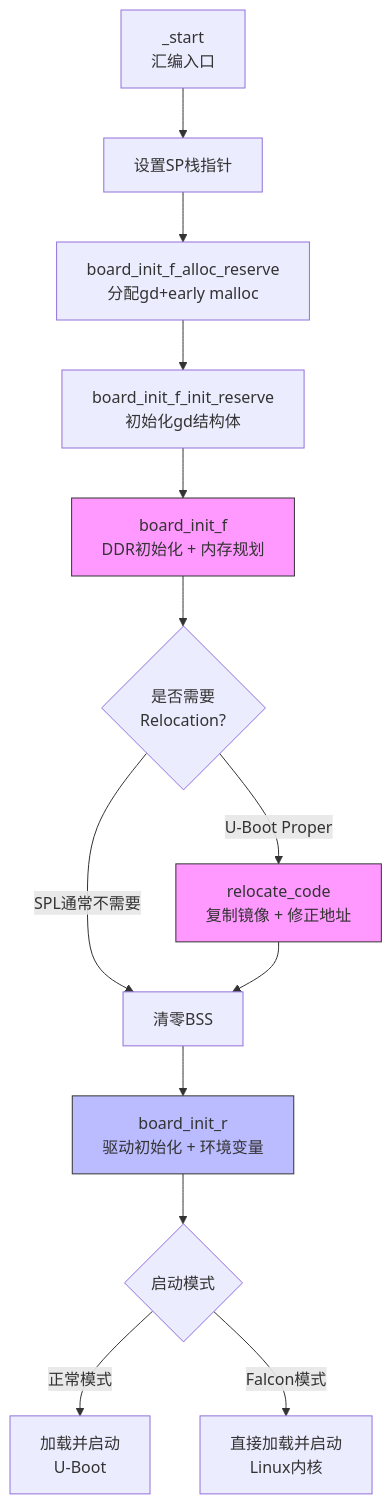
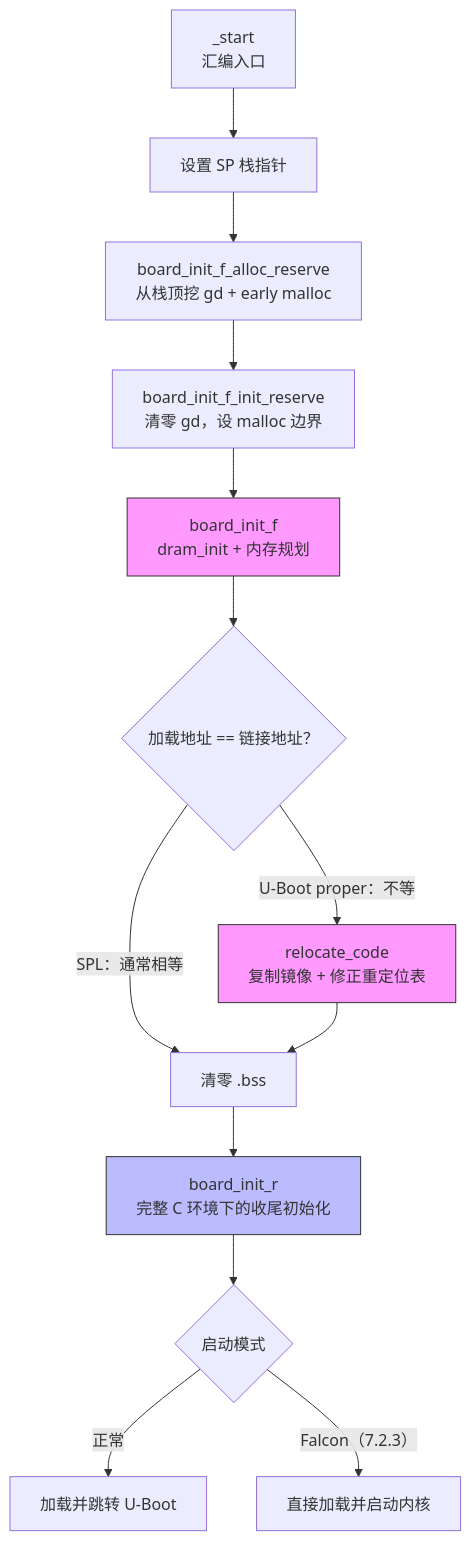
Before and after one commit to xiaohong0925/Embedded_Knowledge_System_V2026: the diagram in docs/02-核心机制深度解析/第7章 启动链深度解析/7.2.2_SPL的内存布局与board_init_f_r.md, drawn with Mermaid. The commit also changed other lines of this file and 20 other files, not shown here.

````diff
--- a/docs/02-核心机制深度解析/第7章 启动链深度解析/7.2.2_SPL的内存布局与board_init_f_r.md
+++ b/docs/02-核心机制深度解析/第7章 启动链深度解析/7.2.2_SPL的内存布局与board_init_f_r.md
@@ -411,19 +160,19 @@
 ```mermaid
 flowchart TD
-    A[_start<br/>汇编入口] --> B[设置SP栈指针]
-    B --> C[board_init_f_alloc_reserve<br/>分配gd+early malloc]
-    C --> D[board_init_f_init_reserve<br/>初始化gd结构体]
-    D --> E[board_init_f<br/>DDR初始化 + 内存规划]
-    E --> F{是否需要<br/>Relocation?}
-    F -->|SPL通常不需要| G[清零BSS]
-    F -->|U-Boot Proper| H[relocate_code<br/>复制镜像 + 修正地址]
+    A["_start<br/>汇编入口"] --> B["设置 SP 栈指针"]
+    B --> C["board_init_f_alloc_reserve<br/>从栈顶挖 gd + early malloc"]
+    C --> D["board_init_f_init_reserve<br/>清零 gd，设 malloc 边界"]
+    D --> E["board_init_f<br/>dram_init + 内存规划"]
+    E --> F{"加载地址 == 链接地址？"}
+    F -->|"SPL：通常相等"| G["清零 .bss"]
+    F -->|"U-Boot proper：不等"| H["relocate_code<br/>复制镜像 + 修正重定位表"]
     H --> G
-    G --> I[board_init_r<br/>驱动初始化 + 环境变量]
-    I --> J{启动模式}
-    J -->|正常模式| K[加载并启动<br/>U-Boot]
-    J -->|Falcon模式| L[直接加载并启动<br/>Linux内核]
+    G --> I["board_init_r<br/>完整 C 环境下的收尾初始化"]
+    I --> J{"启动模式"}
+    J -->|"正常"| K["加载并跳转 U-Boot"]
+    J -->|"Falcon（7.2.3）"| L["直接加载并启动内核"]
 
     style E fill:#f9f,stroke:#333
     style H fill:#f9f,stroke:#333
     style I fill:#bbf,stroke:#333
 ```
````
